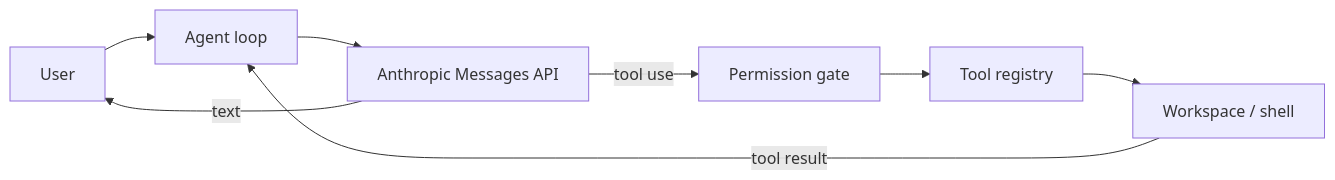
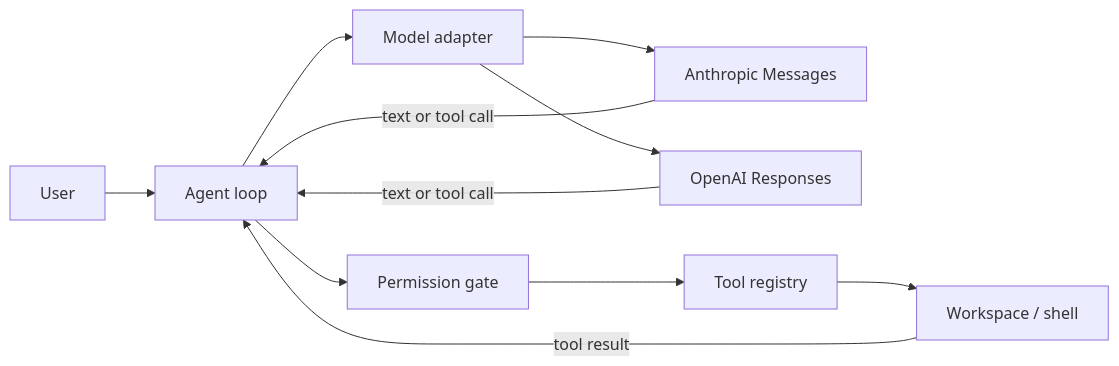
Before and after one commit to ChanTso/HelloCode: the diagram in README.md, drawn with Mermaid. The commit also changed other lines of this file and 1 other file, not shown here.

````diff
--- a/README.md
+++ b/README.md
@@ -122,10 +155,13 @@
 ```mermaid
 flowchart LR
     U["User"] --> L["Agent loop"]
-    L --> M["Anthropic Messages API"]
-    M -->|"text"| U
-    M -->|"tool use"| P["Permission gate"]
+    L --> A["Model adapter"]
+    A --> M["Anthropic Messages"]
+    A --> O["OpenAI Responses"]
+    M -->|"text or tool call"| L
+    O -->|"text or tool call"| L
+    L --> P["Permission gate"]
     P --> R["Tool registry"]
     R --> W["Workspace / shell"]
     W -->|"tool result"| L
 ```
````
